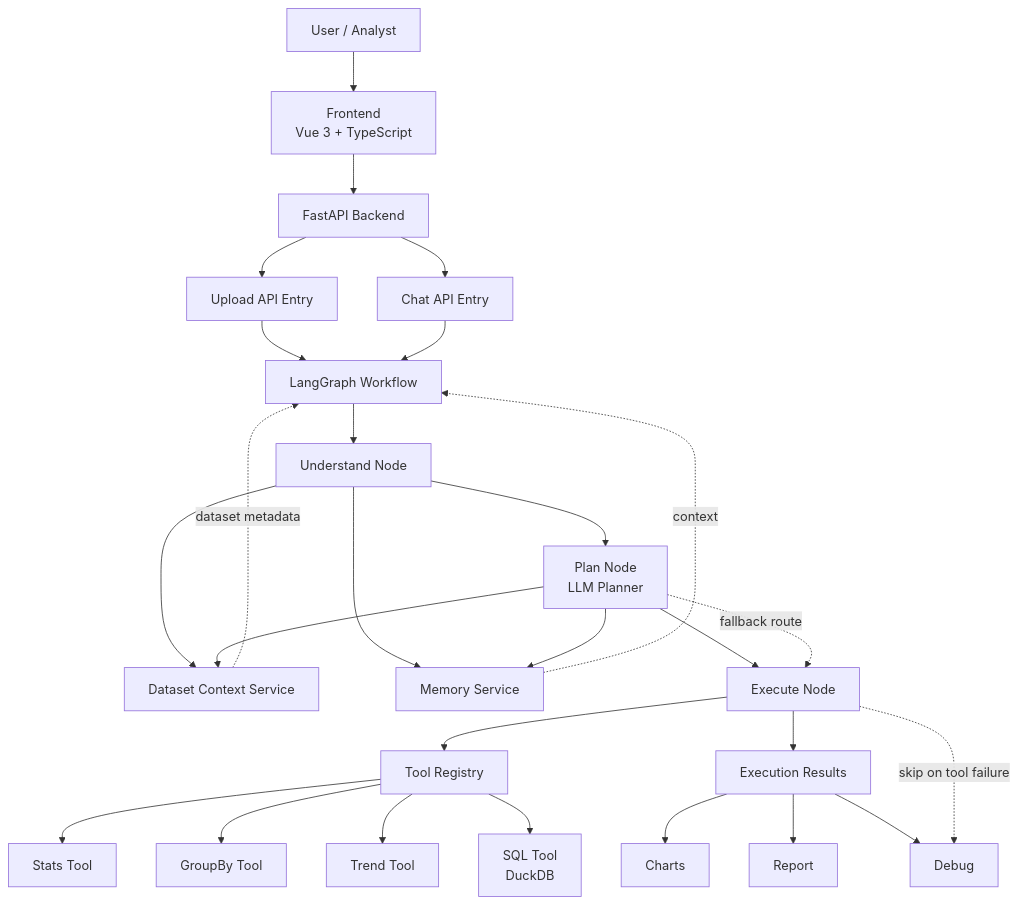
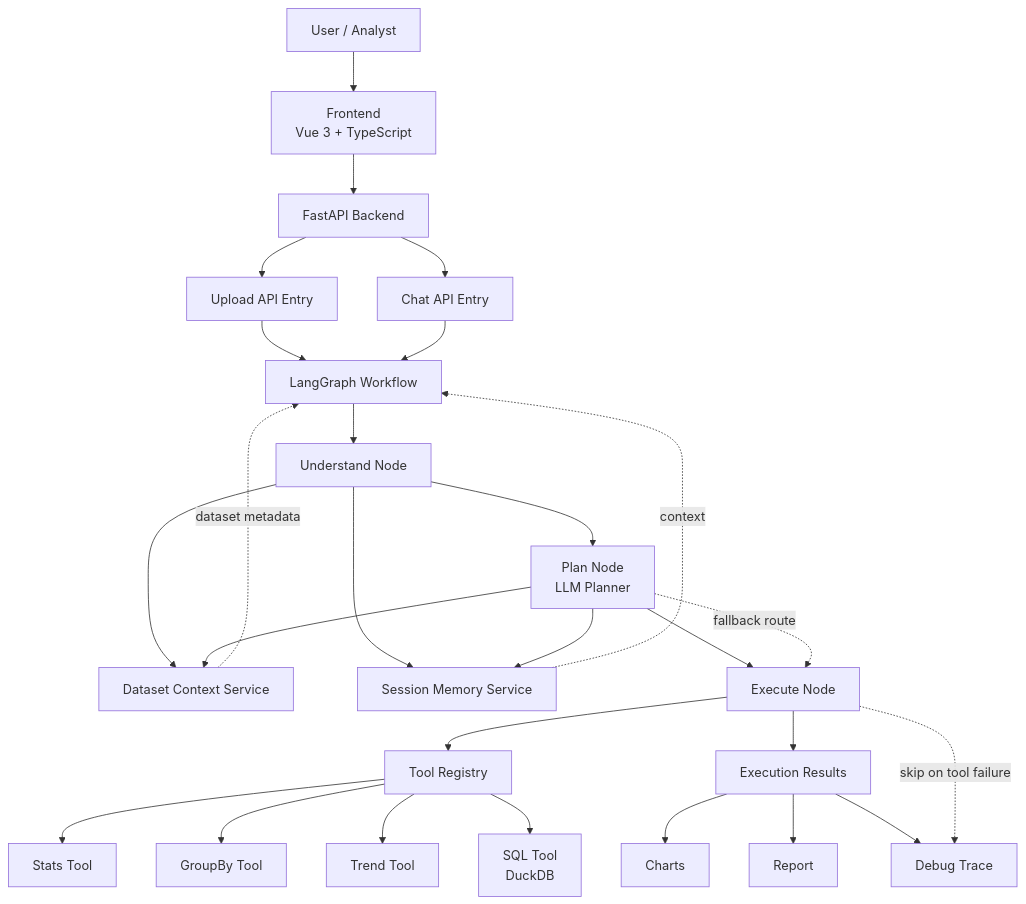
The diagram in README.md (y2001-03/AI_Data_Analyst_Agent), drawn with Mermaid before and after one commit. The commit also changed other lines of this file, not shown here.

````diff
--- a/README.md
+++ b/README.md
@@ -38,38 +41,38 @@
 ```mermaid
 flowchart TD
     user[User / Analyst] --> fe[Frontend<br/>Vue 3 + TypeScript]
     fe --> api[FastAPI Backend]
 
     api --> upload[Upload API Entry]
     api --> chat[Chat API Entry]
 
     upload --> workflow[LangGraph Workflow]
     chat --> workflow
 
     workflow --> understand[Understand Node]
     understand --> dataset_ctx[Dataset Context Service]
-    understand --> memory[Memory Service]
+    understand --> memory[Session Memory Service]
 
     understand --> plan[Plan Node<br/>LLM Planner]
+    plan --> dataset_ctx
     plan --> memory
-    plan --> dataset_ctx
 
     plan --> execute[Execute Node]
     execute --> registry[Tool Registry]
 
     registry --> stats[Stats Tool]
     registry --> groupby[GroupBy Tool]
     registry --> trend[Trend Tool]
     registry --> sql[SQL Tool<br/>DuckDB]
 
     execute --> results[Execution Results]
     results --> charts[Charts]
     results --> report[Report]
-    results --> debug[Debug]
+    results --> debug[Debug Trace]
 
     memory -.context.-> workflow
     dataset_ctx -.dataset metadata.-> workflow
 
     plan -.fallback route.-> execute
     execute -.skip on tool failure.-> debug
 ```
````
